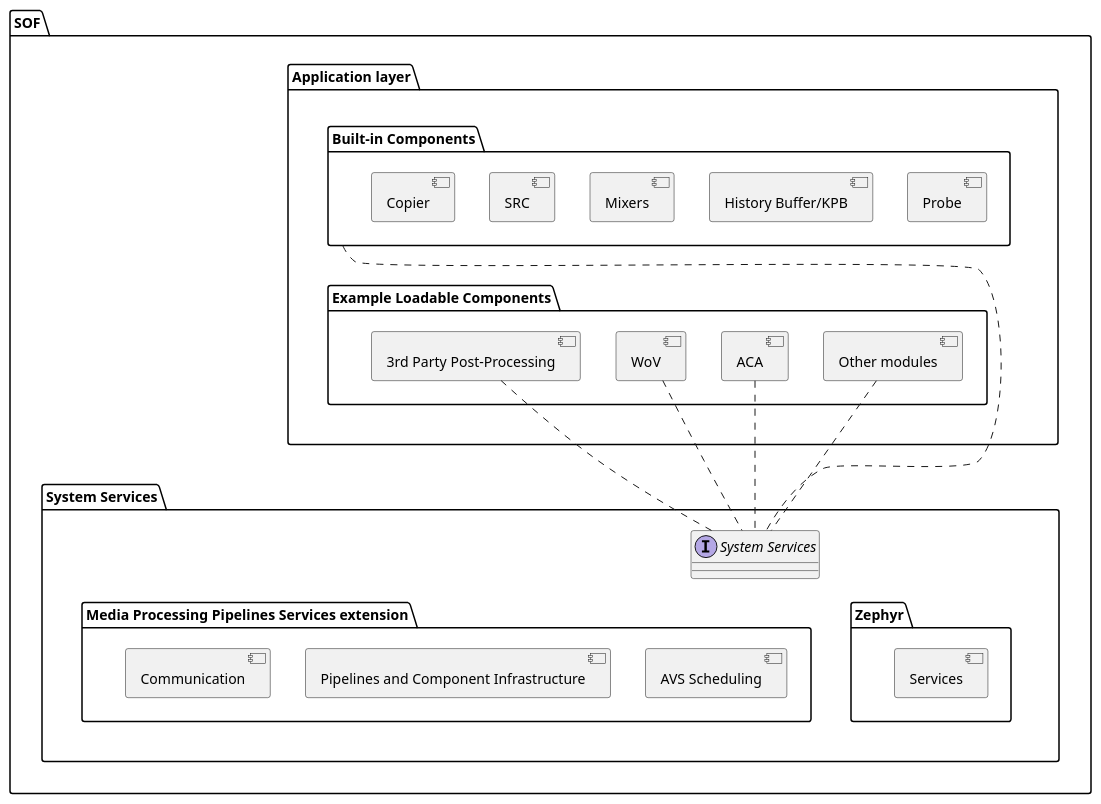
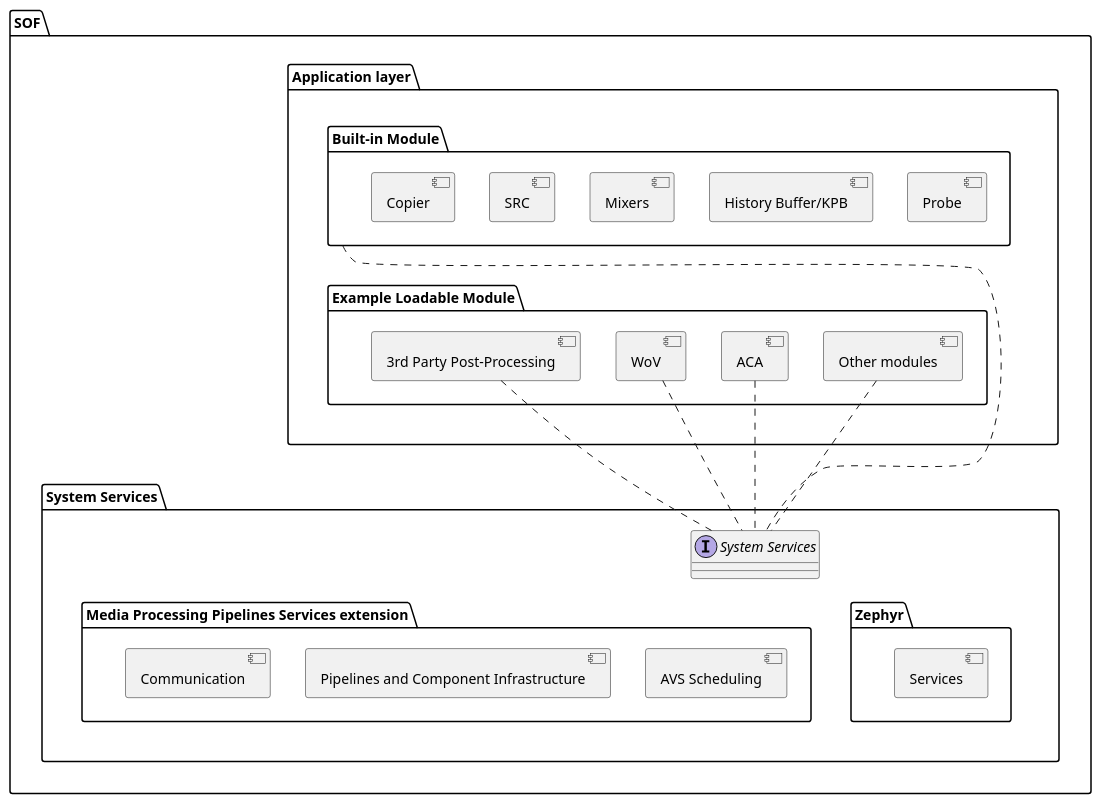
One commit to thesofproject/sof-docs changed the diagram in architectures/firmware/sof-zephyr/app_layer/images/app_layer_diagram.pu. Above: the diagram before and after it, drawn with PlantUML. The commit also changed 3 other files, not shown here.

```diff
--- a/architectures/firmware/sof-zephyr/app_layer/images/app_layer_diagram.pu
+++ b/architectures/firmware/sof-zephyr/app_layer/images/app_layer_diagram.pu
@@ -1,68 +1,68 @@
 @startuml
 allowmixing
 
 scale max 1280 width
 
 package "SOF" {
 
   package "Application layer" as APP_CUSTOMIZATION {
 
-    package "Example Loadable Components" as LOADABLE_COMPONENTS {
+    package "Example Loadable Module" as LOADABLE_MODULE {
       component "3rd Party Post-Processing" as PROCESSING_3RD_PARTY
       component "WoV" as WOV_MODULE
       component "ACA" as ACA_MODULE
       component "Other modules" as OTHER_MODULES
 
       PROCESSING_3RD_PARTY -[hidden]right- WOV_MODULE
       WOV_MODULE -[hidden]right- ACA_MODULE
       ACA_MODULE -[hidden]right- OTHER_MODULES
     }
 
-    package "Built-in Components" as BUILTIN_COMPONENTS {
+    package "Built-in Module" as BUILTIN_MODULE {
       component "Copier" as COPIER
       component "SRC" as SRC
       component "Mixers" as MIXERS
       component "History Buffer/KPB" as HISTORY_BUFFER
       component "Probe" as PROBE
 
       COPIER -[hidden]right- SRC
       SRC -[hidden]right- MIXERS
       MIXERS -[hidden]right- HISTORY_BUFFER
       HISTORY_BUFFER -[hidden]right- PROBE
     }
 
-      BUILTIN_COMPONENTS -[hidden]down- LOADABLE_COMPONENTS
+      BUILTIN_MODULE -[hidden]down- LOADABLE_MODULE
   }
 
   package "System Services" as SYS_SERVICES {
 
     interface "System Services" as SS
 
     package "Media Processing Pipelines Services extension" as KERNEL_EXTENSION {
         component "Communication" as COMMUNICATION
         component "Pipelines and Component Infrastructure" as PIPELINE_COMPONENT_INFRASTRUCTURE
         component "AVS Scheduling" as AVS_SCHEDULERS
 
         COMMUNICATION -[hidden]right- PIPELINE_COMPONENT_INFRASTRUCTURE
         PIPELINE_COMPONENT_INFRASTRUCTURE -[hidden]right- AVS_SCHEDULERS
     }
 
     package "Zephyr" as ZEPHYR {
         component "Services" as SERVICES
     }
 
     SS -[hidden]down- KERNEL_EXTENSION
     SS -[hidden]down- ZEPHYR
 
     KERNEL_EXTENSION -[hidden]right- ZEPHYR
   }
 
   APP_CUSTOMIZATION -[hidden]down- SYS_SERVICES
-  BUILTIN_COMPONENTS .down. SS
+  BUILTIN_MODULE .down. SS
   PROCESSING_3RD_PARTY .down. SS
   WOV_MODULE .down. SS
   ACA_MODULE .down. SS
   OTHER_MODULES .down. SS
 }
 
 @enduml
```
